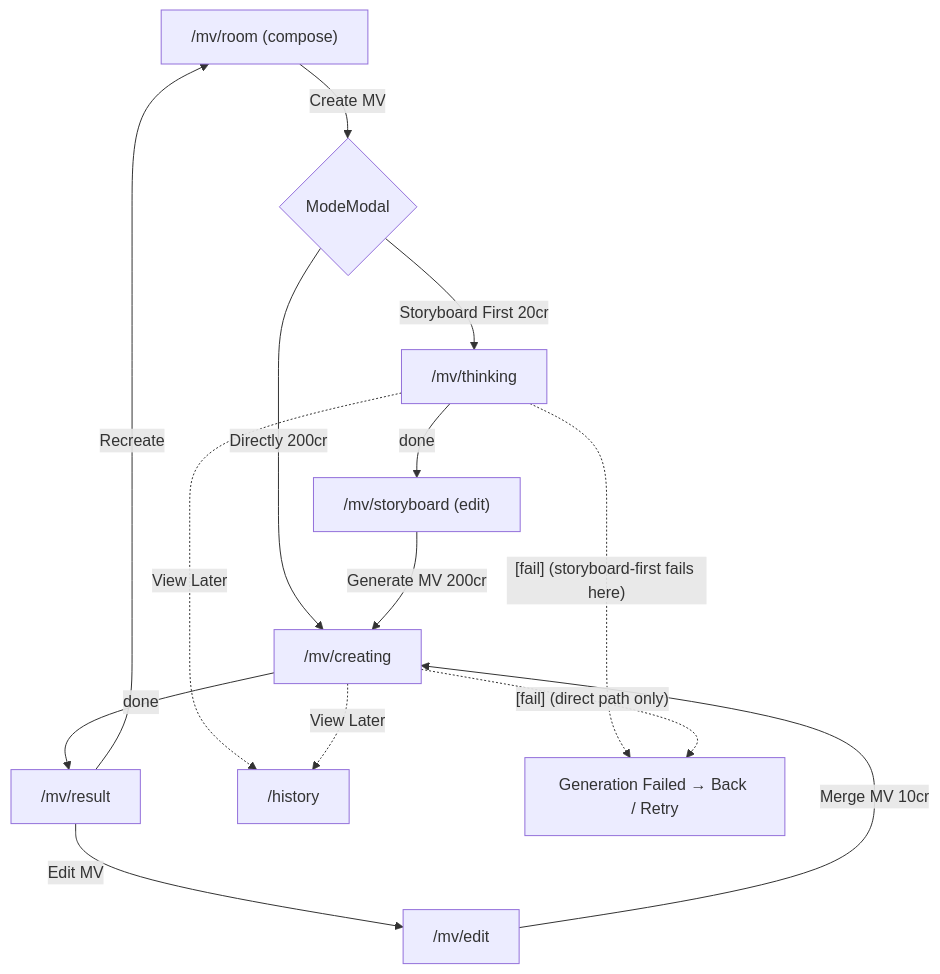
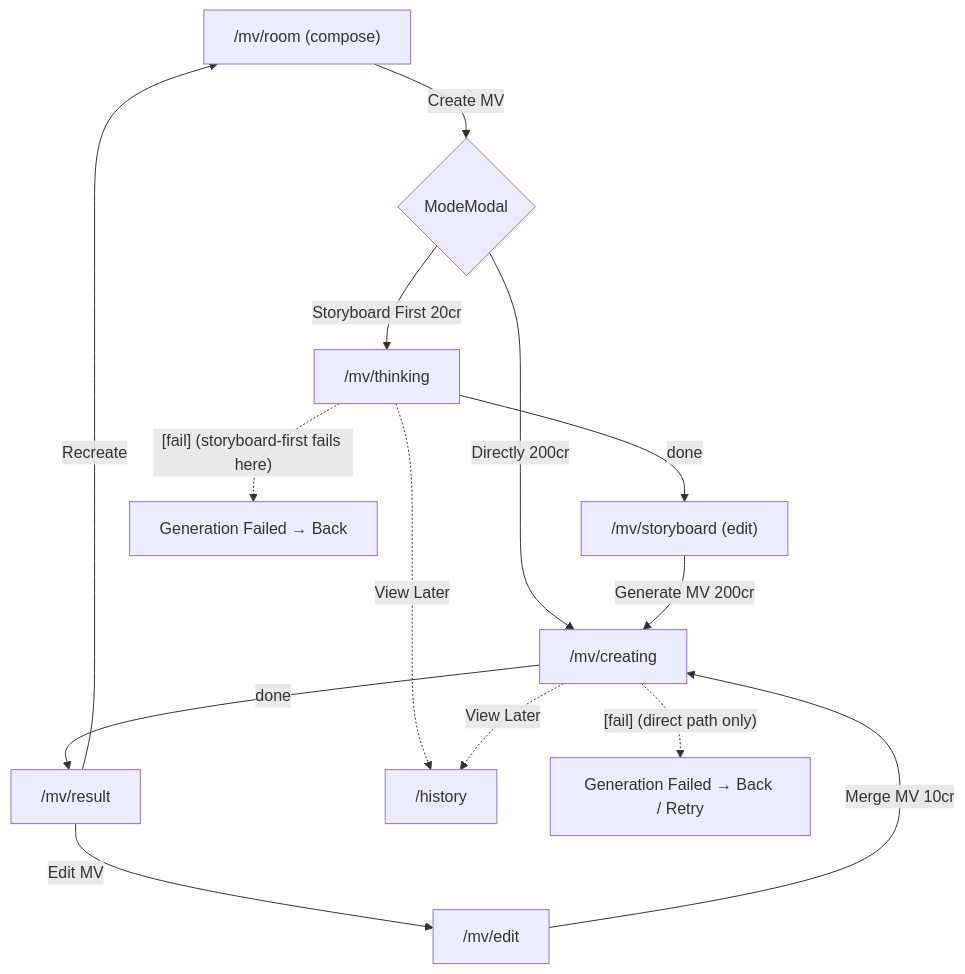
The diagram in web-app/specs/areas/02-mv-creation.md (pft-JasonChen/musemv-ai), drawn with Mermaid before and after one commit. The commit also changed other lines of this file and 13 other files, not shown here.

````diff
--- a/web-app/specs/areas/02-mv-creation.md
+++ b/web-app/specs/areas/02-mv-creation.md
@@ -241,16 +241,16 @@
 ```mermaid
 flowchart TD
   Room["/mv/room (compose)"] -->|Create MV| Mode{ModeModal}
   Mode -->|Storyboard First 20cr| Think["/mv/thinking"]
   Mode -->|Directly 200cr| Create["/mv/creating"]
   Think -->|done| SB["/mv/storyboard (edit)"]
   SB -->|Generate MV 200cr| Create
   Create -->|done| Result["/mv/result"]
   Result -->|Edit MV| Edit["/mv/edit"]
   Edit -->|Merge MV 10cr| Create
   Result -->|Recreate| Room
   Think -.View Later.-> Hist["/history"]
   Create -.View Later.-> Hist
-  Think -.->|"[fail] (storyboard-first fails here)"| Err["Generation Failed → Back / Retry"]
-  Create -.->|"[fail] (direct path only)"| Err
+  Think -.->|"[fail] (storyboard-first fails here)"| ErrThink["Generation Failed → Back"]
+  Create -.->|"[fail] (direct path only)"| ErrCreate["Generation Failed → Back / Retry"]
 ```
````
